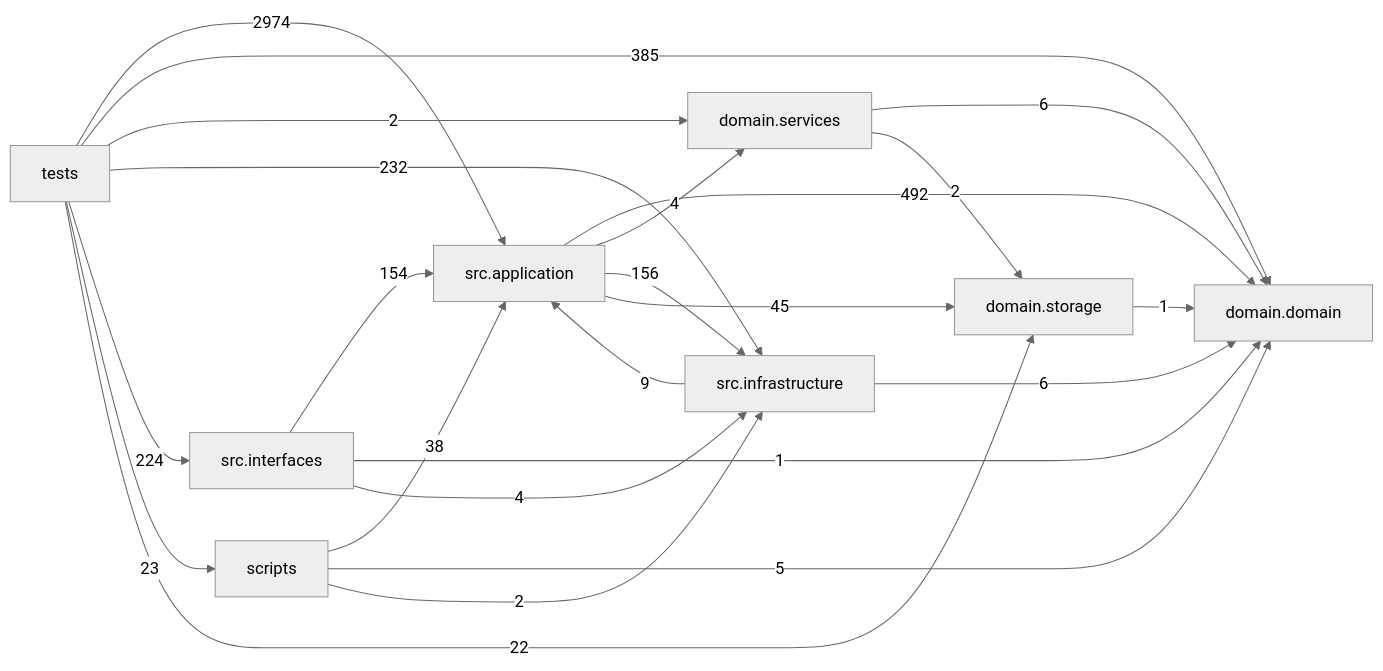
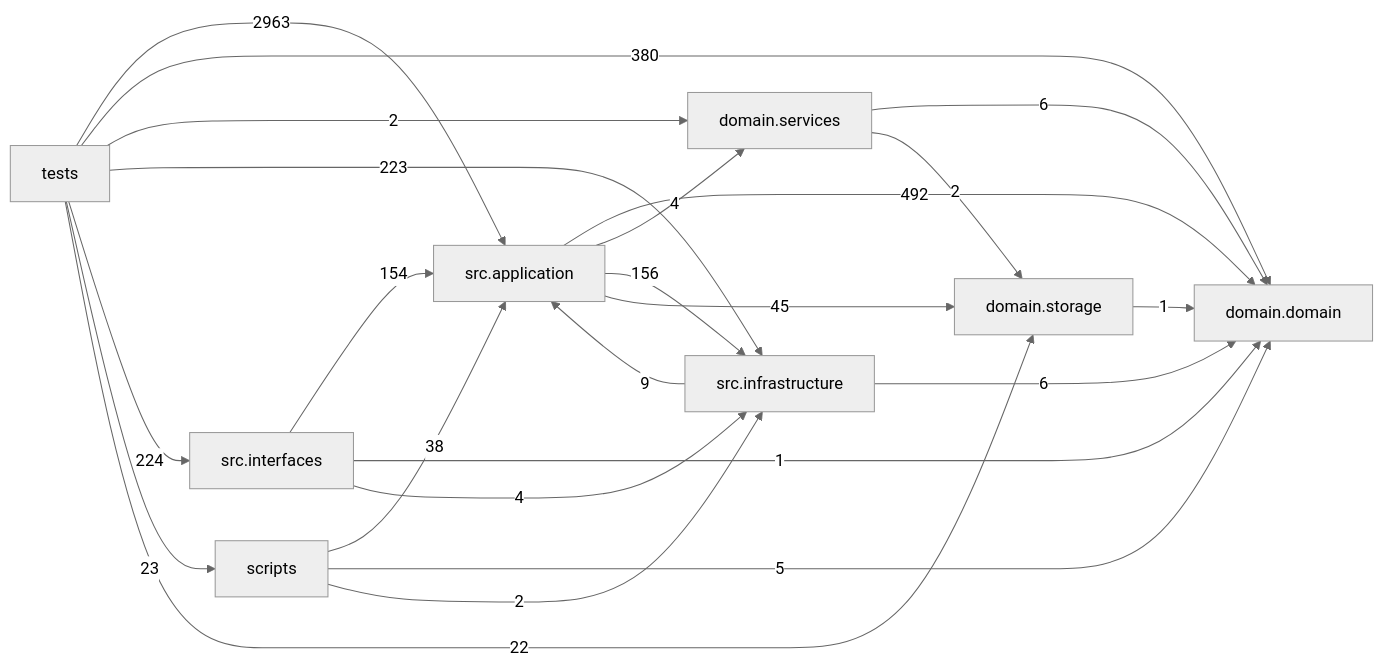
One commit to liuxie066/options-monitor changed the diagram in docs/DEPENDENCY_GRAPH.md. Above: the diagram before and after it, drawn with Mermaid (neutral theme). The commit also changed other lines of this file, not shown here.

Commit message:
docs(graph): regenerate the dependency graph after the last consolidation wave

````diff
--- a/docs/DEPENDENCY_GRAPH.md
+++ b/docs/DEPENDENCY_GRAPH.md
@@ -24,33 +24,33 @@
 ```mermaid
 flowchart LR
   tests["tests"]
   scripts["scripts"]
   interfaces["src.interfaces"]
   application["src.application"]
   infrastructure["src.infrastructure"]
   domain_services["domain.services"]
   domain["domain.domain"]
   storage["domain.storage"]
   application -->|492| domain
   application -->|4| domain_services
   application -->|156| infrastructure
   application -->|45| storage
   domain_services -->|6| domain
   domain_services -->|2| storage
   infrastructure -->|9| application
   infrastructure -->|6| domain
   interfaces -->|154| application
   interfaces -->|1| domain
   interfaces -->|4| infrastructure
   scripts -->|38| application
   scripts -->|5| domain
   scripts -->|2| infrastructure
   storage -->|1| domain
-  tests -->|2974| application
-  tests -->|385| domain
+  tests -->|2963| application
+  tests -->|380| domain
   tests -->|2| domain_services
-  tests -->|232| infrastructure
+  tests -->|223| infrastructure
   tests -->|224| interfaces
   tests -->|23| scripts
   tests -->|22| storage
 ```
````
